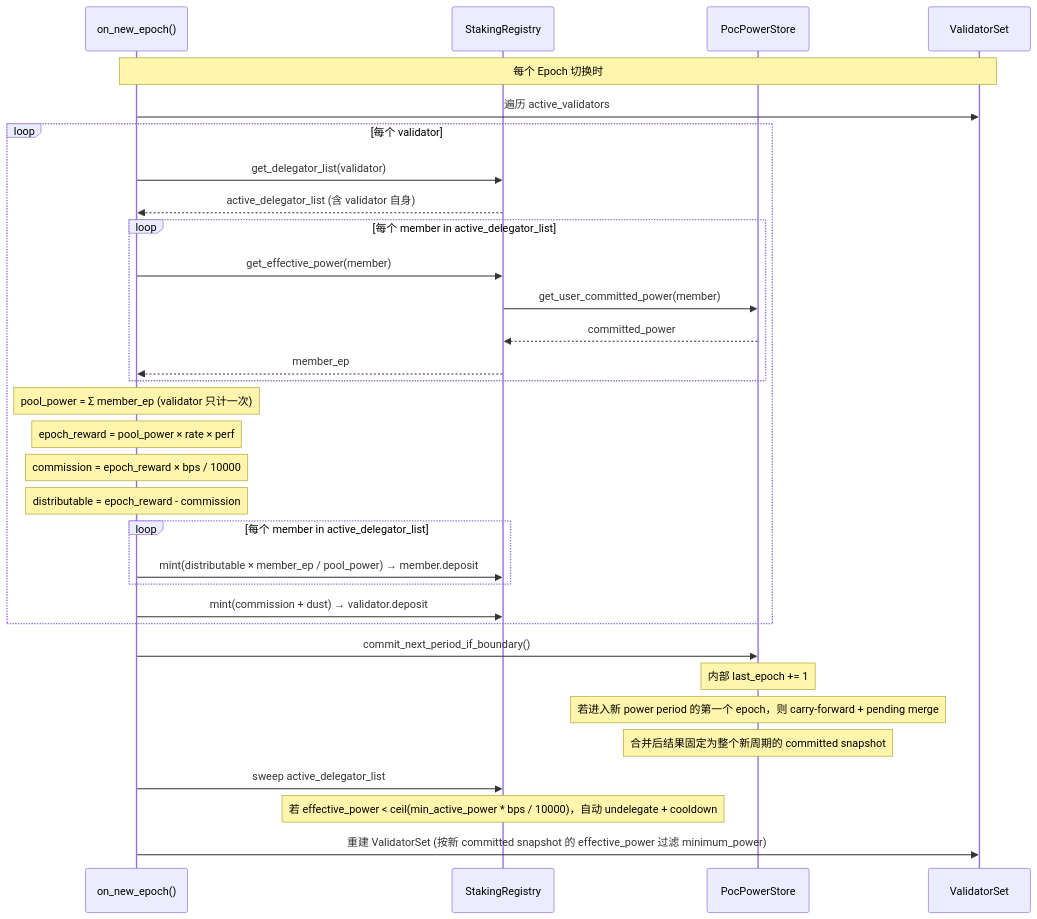
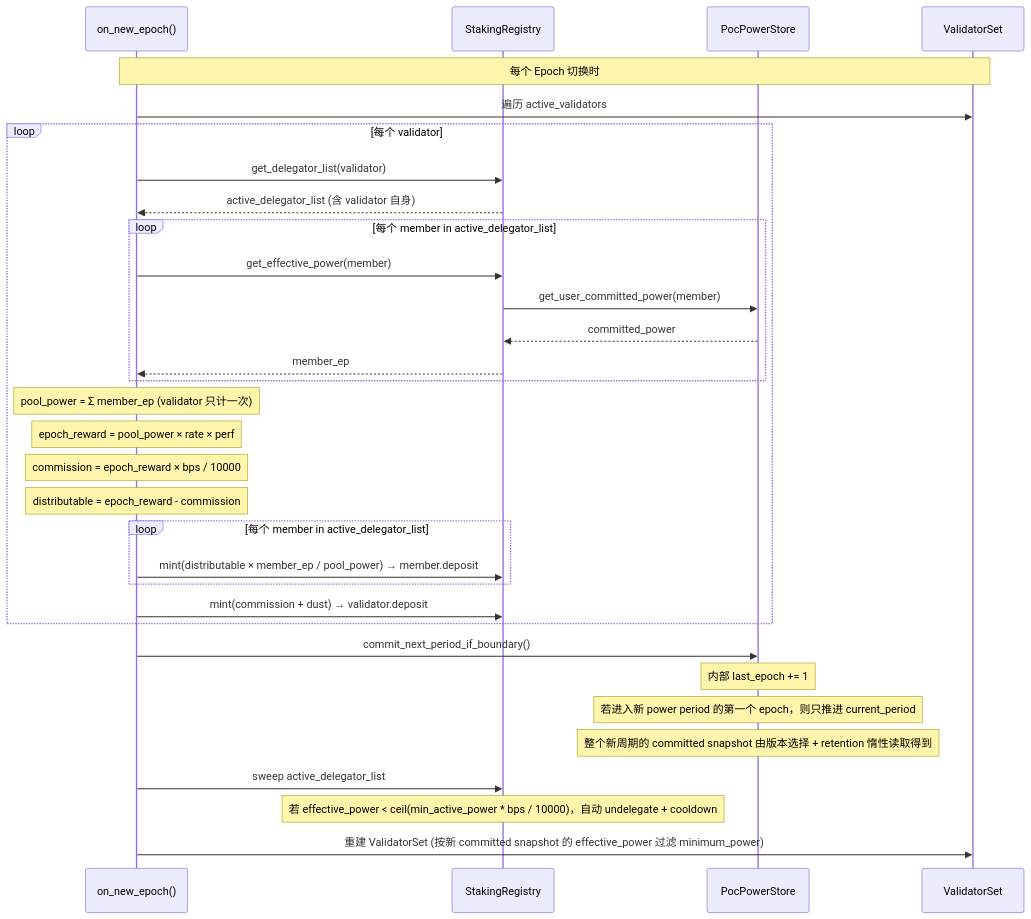
The third of 6 diagrams in aptos-move/framework/aptos-framework/sources/poc_doc/08-architecture-diagrams.md (tuminfei/aptos-core), drawn with Mermaid before and after one commit. The commit also changed other lines of this file and 23 other files, not shown here.

````diff
--- a/aptos-move/framework/aptos-framework/sources/poc_doc/08-architecture-diagrams.md
+++ b/aptos-move/framework/aptos-framework/sources/poc_doc/08-architecture-diagrams.md
@@ -73,41 +73,41 @@
 ```mermaid
 sequenceDiagram
     participant Chain as on_new_epoch()
     participant SR as StakingRegistry
     participant PS as PocPowerStore
     participant VS as ValidatorSet
 
     Note over Chain,VS: 每个 Epoch 切换时
 
     Chain->>VS: 遍历 active_validators
     loop 每个 validator
         Chain->>SR: get_delegator_list(validator)
         SR-->>Chain: active_delegator_list (含 validator 自身)
 
         loop 每个 member in active_delegator_list
             Chain->>SR: get_effective_power(member)
             SR->>PS: get_user_committed_power(member)
             PS-->>SR: committed_power
             SR-->>Chain: member_ep
         end
 
         Note over Chain: pool_power = Σ member_ep (validator 只计一次)
         Note over Chain: epoch_reward = pool_power × rate × perf
         Note over Chain: commission = epoch_reward × bps / 10000
         Note over Chain: distributable = epoch_reward - commission
 
         loop 每个 member in active_delegator_list
             Chain->>SR: mint(distributable × member_ep / pool_power) → member.deposit
         end
         Chain->>SR: mint(commission + dust) → validator.deposit
     end
 
     Chain->>PS: commit_next_period_if_boundary()
     Note over PS: 内部 last_epoch += 1
-    Note over PS: 若进入新 power period 的第一个 epoch，则 carry-forward + pending merge
-    Note over PS: 合并后结果固定为整个新周期的 committed snapshot
+    Note over PS: 若进入新 power period 的第一个 epoch，则只推进 current_period
+    Note over PS: 整个新周期的 committed snapshot 由版本选择 + retention 惰性读取得到
     Chain->>SR: sweep active_delegator_list
     Note over SR: 若 effective_power < ceil(min_active_power * bps / 10000)，自动 undelegate + cooldown
 
     Chain->>VS: 重建 ValidatorSet (按新 committed snapshot 的 effective_power 过滤 minimum_power)
 ```
````
